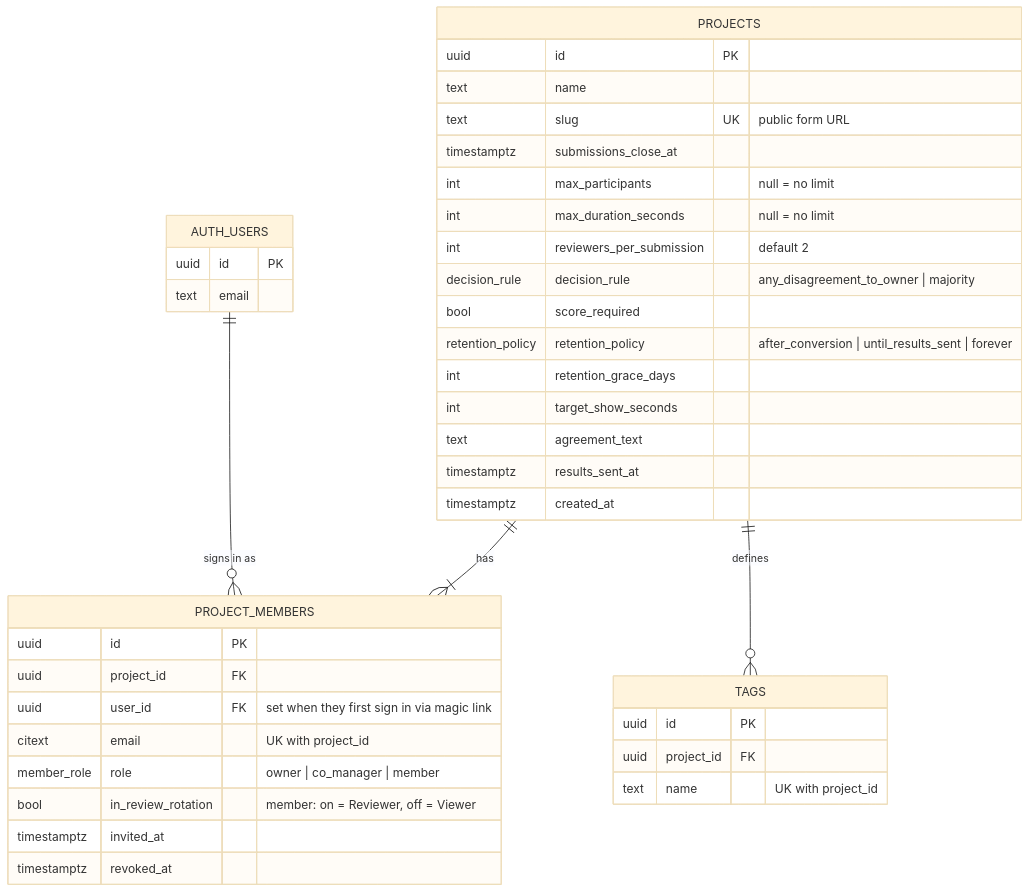
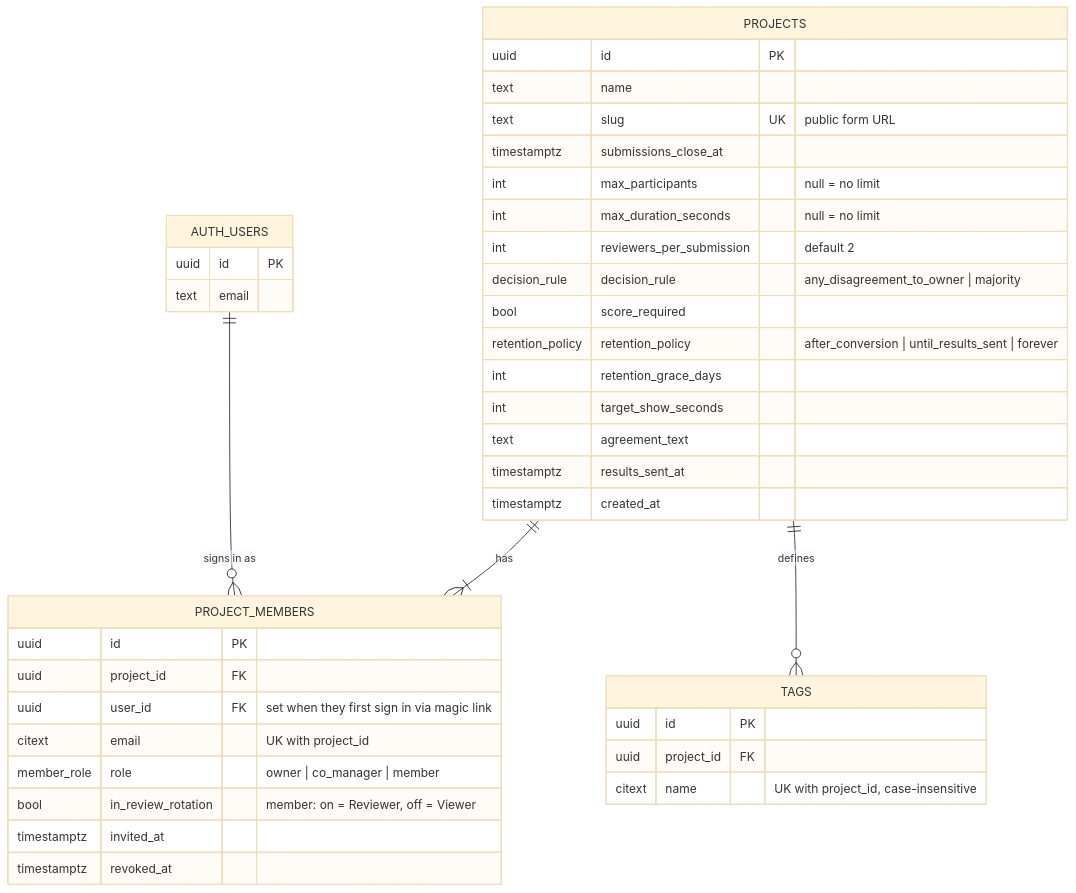
Before and after one commit to dixond01/ChooseTogether: the second of 5 diagrams in Documents/erd.md, drawn with Mermaid (base theme). The commit also changed other lines of this file and 5 other files, not shown here.

First line of the commit message:
Add People & Projects and Intake schema with RLS and tests

````diff
--- a/Documents/erd.md
+++ b/Documents/erd.md
@@ -47,43 +48,43 @@
 ```mermaid
 erDiagram
     AUTH_USERS ||--o{ PROJECT_MEMBERS : "signs in as"
     PROJECTS ||--|{ PROJECT_MEMBERS : has
     PROJECTS ||--o{ TAGS : defines
 
     AUTH_USERS {
         uuid id PK
         text email
     }
     PROJECTS {
         uuid id PK
         text name
         text slug UK "public form URL"
         timestamptz submissions_close_at
         int max_participants "null = no limit"
         int max_duration_seconds "null = no limit"
         int reviewers_per_submission "default 2"
         decision_rule decision_rule "any_disagreement_to_owner | majority"
         bool score_required
         retention_policy retention_policy "after_conversion | until_results_sent | forever"
         int retention_grace_days
         int target_show_seconds
         text agreement_text
         timestamptz results_sent_at
         timestamptz created_at
     }
     PROJECT_MEMBERS {
         uuid id PK
         uuid project_id FK
         uuid user_id FK "set when they first sign in via magic link"
         citext email "UK with project_id"
         member_role role "owner | co_manager | member"
         bool in_review_rotation "member: on = Reviewer, off = Viewer"
         timestamptz invited_at
         timestamptz revoked_at
     }
     TAGS {
         uuid id PK
         uuid project_id FK
-        text name "UK with project_id"
+        citext name "UK with project_id, case-insensitive"
     }
 ```
````
